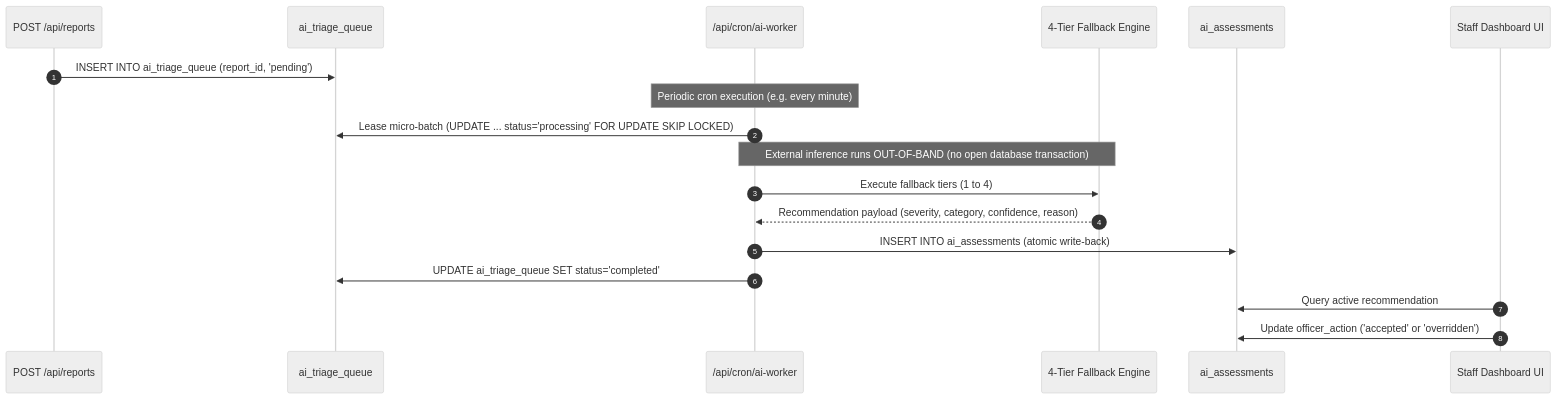
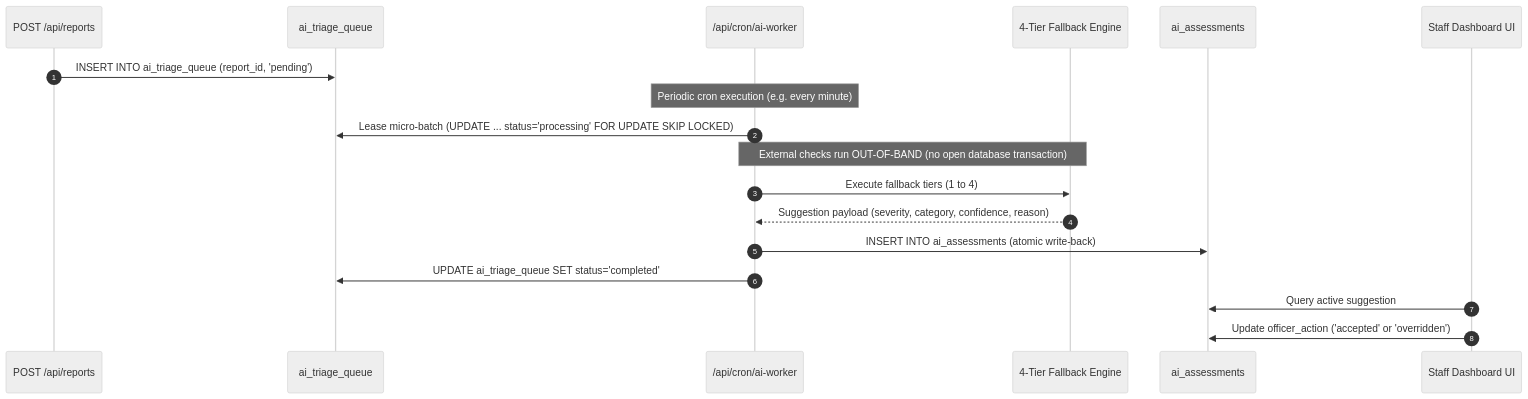
The fourth of 4 diagrams in docs/architecture.md (EleanorNabaloga/wetland-nema), drawn with Mermaid (neutral theme) before and after one commit. The commit also changed other lines of this file and 10 other files, not shown here.

````diff
--- a/docs/architecture.md
+++ b/docs/architecture.md
@@ -137,21 +137,21 @@
 ```mermaid
 sequenceDiagram
     autonumber
     participant Ingestion as POST /api/reports
     participant Queue as ai_triage_queue
     participant Cron as /api/cron/ai-worker
     participant Fallback as 4-Tier Fallback Engine
     participant Assessments as ai_assessments
     participant Staff as Staff Dashboard UI
 
     Ingestion->>Queue: INSERT INTO ai_triage_queue (report_id, 'pending')
     Note over Cron: Periodic cron execution (e.g. every minute)
     Cron->>Queue: Lease micro-batch (UPDATE ... status='processing' FOR UPDATE SKIP LOCKED)
-    Note over Cron,Fallback: External inference runs OUT-OF-BAND (no open database transaction)
+    Note over Cron,Fallback: External checks run OUT-OF-BAND (no open database transaction)
     Cron->>Fallback: Execute fallback tiers (1 to 4)
-    Fallback-->>Cron: Recommendation payload (severity, category, confidence, reason)
+    Fallback-->>Cron: Suggestion payload (severity, category, confidence, reason)
     Cron->>Assessments: INSERT INTO ai_assessments (atomic write-back)
     Cron->>Queue: UPDATE ai_triage_queue SET status='completed'
-    Staff->>Assessments: Query active recommendation
+    Staff->>Assessments: Query active suggestion
     Staff->>Assessments: Update officer_action ('accepted' or 'overridden')
 ```
````
